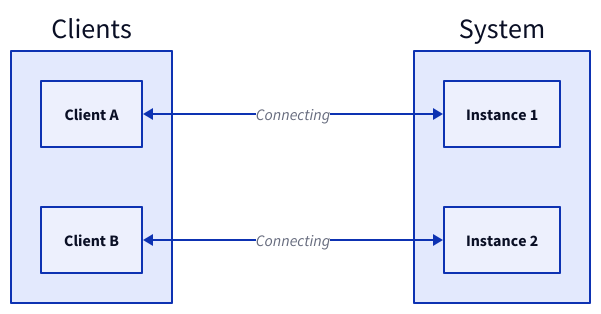
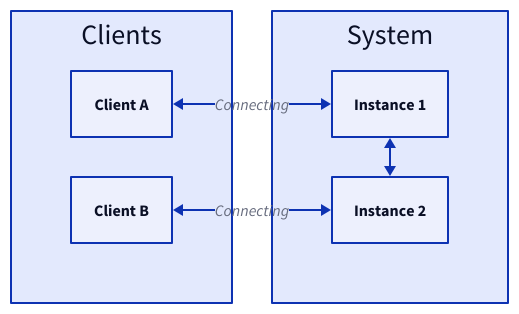
One commit to link1905/system-design-101 changed the eighth of 12 diagrams in content/docs/web-service/communication-protocols/_index.md. Above: the diagram before and after it, drawn with D2. The commit also changed other lines of this file and 49 other files, not shown here.

````diff
--- a/content/docs/web-service/communication-protocols/_index.md
+++ b/content/docs/web-service/communication-protocols/_index.md
@@ -274,21 +268,26 @@
 ```d2
 direction: right
+grid-rows: 1
 c: Clients {
-    ca: Client A {
-      class: client
-    }
-    cb: Client B {
-      class: client
-    }
+  class: none
+  grid-columns: 1
+  ca: Client A {
+    class: client
+  }
+  cb: Client B {
+    class: client
+  }
 }
 system: System {
+    grid-columns: 1
     s1: Instance 1 {
       class: server
     }
     s2: Instance 2 {
       class: server
     }
+    s1 <-> s2
 }
 c.ca <-> system.s1: Connecting
 c.cb <-> system.s2: Connecting
 ```
````
